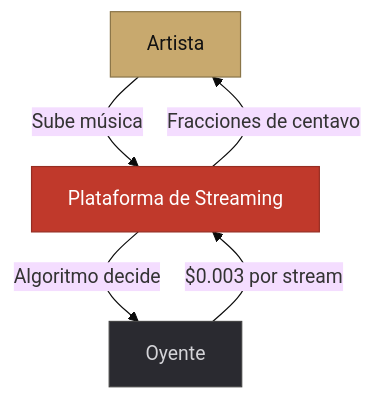
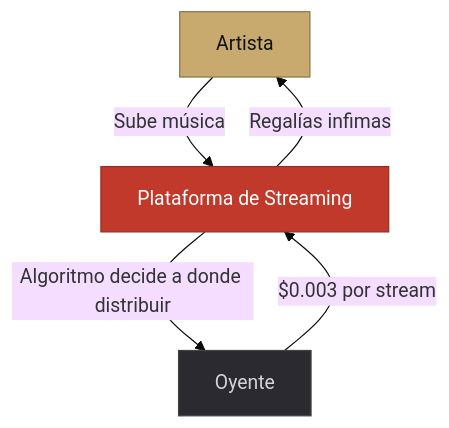
One commit to groovesart/grooves-docs changed the first of 3 diagrams in el-problema.md. Above: the diagram before and after it, drawn with Mermaid (base theme). The commit also changed other lines of this file, not shown here.

````diff
--- a/el-problema.md
+++ b/el-problema.md
@@ -7,10 +7,10 @@
 ```mermaid
 graph TB
     A[Artista] -->|Sube música| B[Plataforma de Streaming]
-    B -->|Algoritmo decide| C[Oyente]
+    B -->|Algoritmo decide a donde distribuir| C[Oyente]
     C -->|$0.003 por stream| B
-    B -->|Fracciones de centavo| A
+    B -->|Regalías infimas| A
     style A fill:#C8A96E,color:#111,stroke:#8a7548
     style B fill:#c0392b,color:#fff,stroke:#962d22
     style C fill:#2a2a30,color:#d4d4d8,stroke:#444
 ```
````
